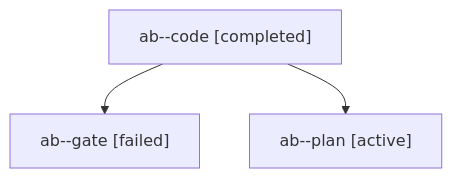
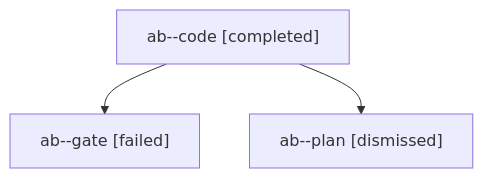
Before and after one commit to bobs-org/bob-cli--agents: the diagram in sessions/bbugyi200.apollo.ab.md, drawn with Mermaid. The commit also changed other lines of this file and 27 other files, not shown here.

````diff
--- a/sessions/bbugyi200.apollo.ab.md
+++ b/sessions/bbugyi200.apollo.ab.md
@@ -9,8 +9,8 @@
 ```mermaid
 flowchart TD
   n0["ab--code [completed]"]
   n1["ab--gate [failed]"]
   n0 --> n1
-  n2["ab--plan [active]"]
+  n2["ab--plan [dismissed]"]
   n0 --> n2
 ```
````
